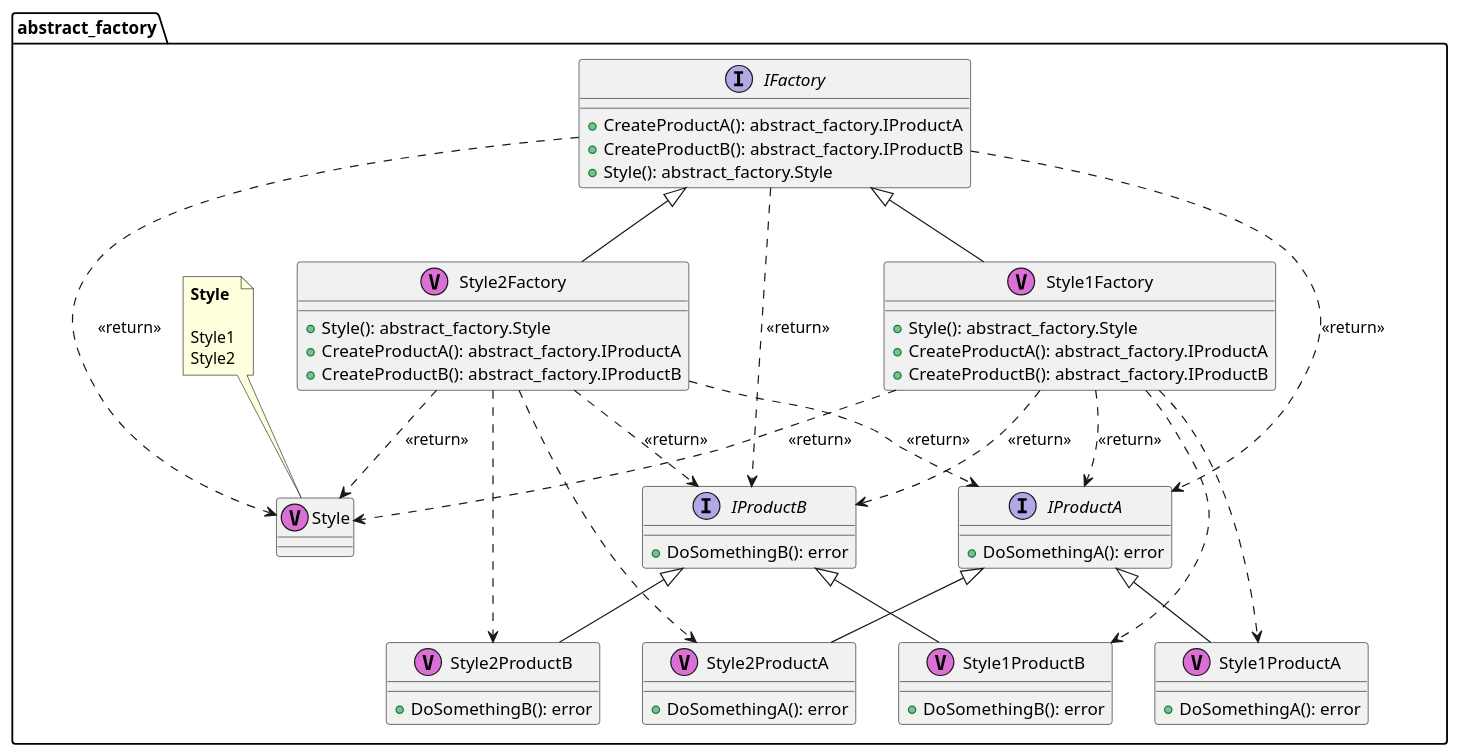
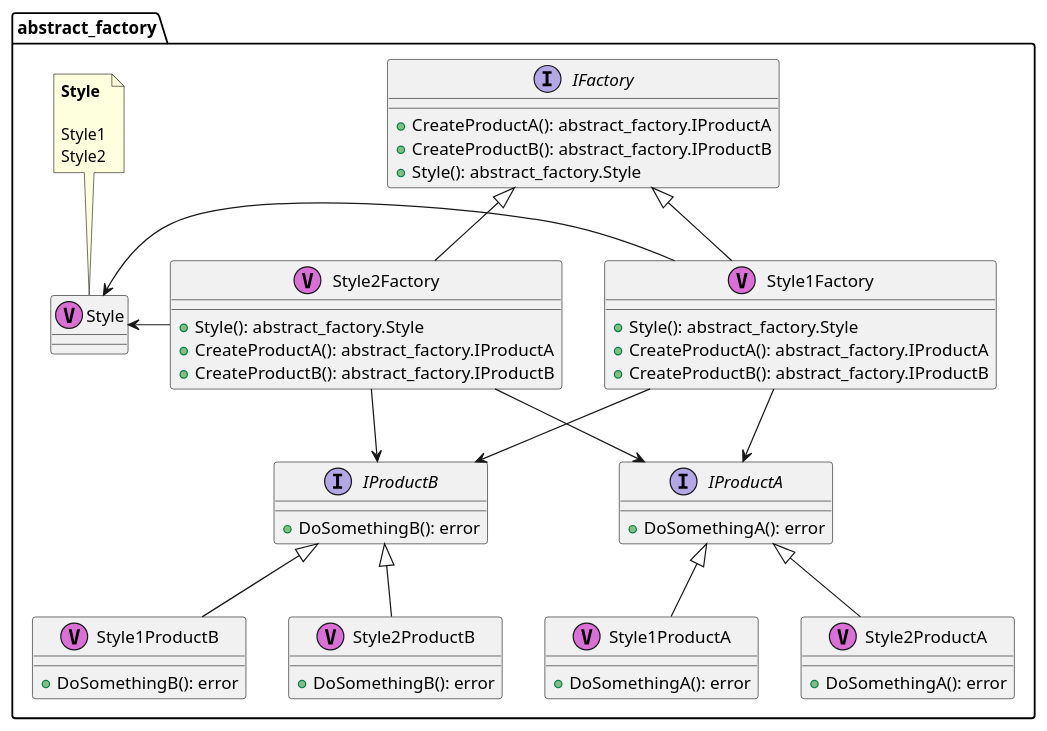
The diagram in creational/2_abstract_factory/file.puml (hitzhangjie/go-patterns), drawn with PlantUML before and after one commit. The commit also changed 3 other files, not shown here.

```diff
--- a/creational/2_abstract_factory/file.puml
+++ b/creational/2_abstract_factory/file.puml
@@ -1,116 +1,122 @@
 @startuml
 
 package "abstract_factory" {
 	interface "IFactory" as abstract_factory.IFactory {
 		+CreateProductA(): abstract_factory.IProductA
 		+CreateProductB(): abstract_factory.IProductB
 		+Style(): abstract_factory.Style
 	}
 }
 
 
-	abstract_factory.IFactory ..> abstract_factory.IProductA : <<return>> 
-	abstract_factory.IFactory ..> abstract_factory.IProductB : <<return>> 
-	abstract_factory.IFactory ..> abstract_factory.Style : <<return>> 
+	'abstract_factory.IFactory ..> abstract_factory.IProductA : <<return>> 
+	'abstract_factory.IFactory ..> abstract_factory.IProductB : <<return>> 
+	'abstract_factory.IFactory ..> abstract_factory.Style : <<return>> 
 
 package "abstract_factory" {
 	interface "IProductA" as abstract_factory.IProductA {
 		+DoSomethingA(): error
 	}
 }
 
 
 
 package "abstract_factory" {
 	interface "IProductB" as abstract_factory.IProductB {
 		+DoSomethingB(): error
 	}
 }
 
 
 
 package "abstract_factory" {
 	class "Style" as abstract_factory.Style <<V,Orchid>>
 }
 
 
 
 package "abstract_factory" {
 	class "Style1Factory" as abstract_factory.Style1Factory <<V,Orchid>> {
 		+Style(): abstract_factory.Style
 		+CreateProductA(): abstract_factory.IProductA
 		+CreateProductB(): abstract_factory.IProductB
 	}
+	Style1Factory -right-> Style
+	Style1Factory -down-> abstract_factory.IProductA
+	Style1Factory -down-> abstract_factory.IProductB
 }
 
 
-	abstract_factory.Style1Factory ..> abstract_factory.Style : <<return>> 
-	abstract_factory.Style1Factory ..> abstract_factory.IProductA : <<return>> 
-	abstract_factory.Style1Factory ..> abstract_factory.IProductB : <<return>> 
+	'abstract_factory.Style1Factory ..> abstract_factory.Style : <<return>> 
+	'abstract_factory.Style1Factory ..> abstract_factory.IProductA : <<return>> 
+	'abstract_factory.Style1Factory ..> abstract_factory.IProductB : <<return>> 
 
 package "abstract_factory" {
 	class "Style1ProductA" as abstract_factory.Style1ProductA <<V,Orchid>> {
 		+DoSomethingA(): error
 	}
 }
 
 
 
 package "abstract_factory" {
 	class "Style1ProductB" as abstract_factory.Style1ProductB <<V,Orchid>> {
 		+DoSomethingB(): error
 	}
 }
 
 
 
 package "abstract_factory" {
 	class "Style2Factory" as abstract_factory.Style2Factory <<V,Orchid>> {
 		+Style(): abstract_factory.Style
 		+CreateProductA(): abstract_factory.IProductA
 		+CreateProductB(): abstract_factory.IProductB
 	}
+	Style2Factory -left-> Style
+	Style2Factory -down-> abstract_factory.IProductA
+	Style2Factory -down-> abstract_factory.IProductB
 }
 
 
-	abstract_factory.Style2Factory ..> abstract_factory.Style : <<return>> 
-	abstract_factory.Style2Factory ..> abstract_factory.IProductA : <<return>> 
-	abstract_factory.Style2Factory ..> abstract_factory.IProductB : <<return>> 
+	'abstract_factory.Style2Factory ..> abstract_factory.Style : <<return>> 
+	'abstract_factory.Style2Factory ..> abstract_factory.IProductA : <<return>> 
+	'abstract_factory.Style2Factory ..> abstract_factory.IProductB : <<return>> 
 
 package "abstract_factory" {
 	class "Style2ProductA" as abstract_factory.Style2ProductA <<V,Orchid>> {
 		+DoSomethingA(): error
 	}
 }
 
 
 
 package "abstract_factory" {
 	class "Style2ProductB" as abstract_factory.Style2ProductB <<V,Orchid>> {
 		+DoSomethingB(): error
 	}
 }
 
 	abstract_factory.Style1Factory -up-|> abstract_factory.IFactory
 	abstract_factory.Style1ProductA -up-|> abstract_factory.IProductA
 	abstract_factory.Style1ProductB -up-|> abstract_factory.IProductB
 	abstract_factory.Style2Factory -up-|> abstract_factory.IFactory
 	abstract_factory.Style2ProductA -up-|> abstract_factory.IProductA
 	abstract_factory.Style2ProductB -up-|> abstract_factory.IProductB
 
 package "abstract_factory" {
 	note as N_abstract_factory_Style
 		<b>Style</b>
 
 		Style1
 		Style2
 	end note
 }
 N_abstract_factory_Style --> abstract_factory.Style
 
-abstract_factory.Style1Factory ..> abstract_factory.Style1ProductA
-abstract_factory.Style1Factory ..> abstract_factory.Style1ProductB
-abstract_factory.Style2Factory ..> abstract_factory.Style2ProductA
-abstract_factory.Style2Factory ..> abstract_factory.Style2ProductB
+'abstract_factory.Style1Factory ..> abstract_factory.Style1ProductA
+'abstract_factory.Style1Factory ..> abstract_factory.Style1ProductB
+'abstract_factory.Style2Factory ..> abstract_factory.Style2ProductA
+'abstract_factory.Style2Factory ..> abstract_factory.Style2ProductB
 
 @enduml
```
